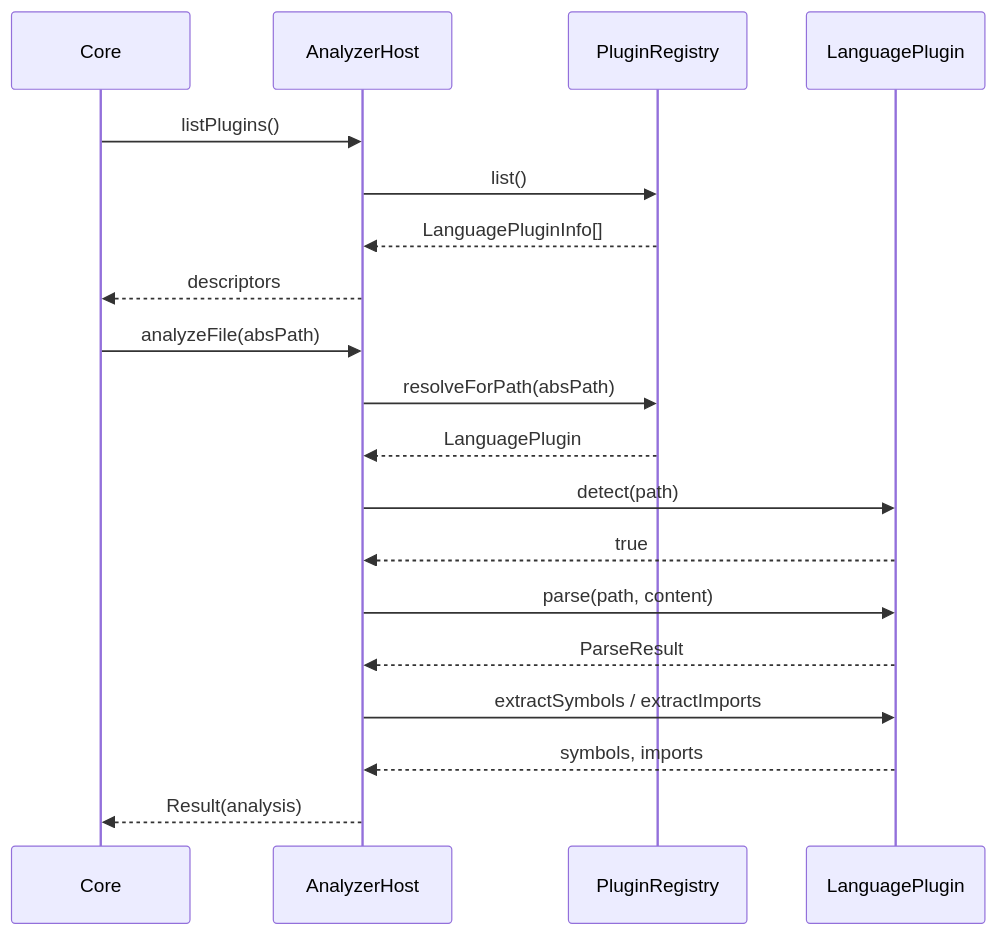
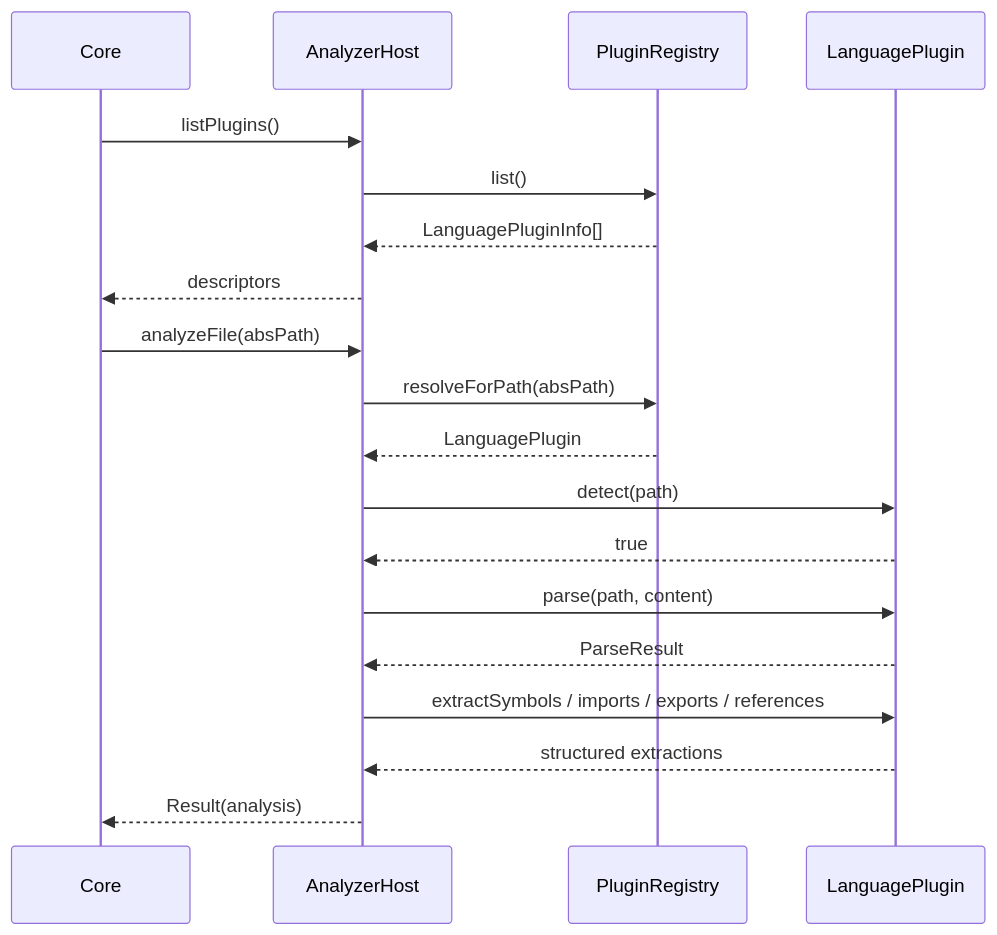
Before and after one commit to Shailesh200/prism: the diagram in packages/analyzer/README.md, drawn with Mermaid. The commit also changed other lines of this file and 27 other files, not shown here.

````diff
--- a/packages/analyzer/README.md
+++ b/packages/analyzer/README.md
@@ -23,23 +23,23 @@
 ```mermaid
 sequenceDiagram
   participant C as Core
   participant H as AnalyzerHost
   participant R as PluginRegistry
   participant P as LanguagePlugin
 
   C->>H: listPlugins()
   H->>R: list()
   R-->>H: LanguagePluginInfo[]
   H-->>C: descriptors
 
   C->>H: analyzeFile(absPath)
   H->>R: resolveForPath(absPath)
   R-->>H: LanguagePlugin
   H->>P: detect(path)
   P-->>H: true
   H->>P: parse(path, content)
   P-->>H: ParseResult
-  H->>P: extractSymbols / extractImports
-  P-->>H: symbols, imports
+  H->>P: extractSymbols / imports / exports / references
+  P-->>H: structured extractions
   H-->>C: Result(analysis)
 ```
````
